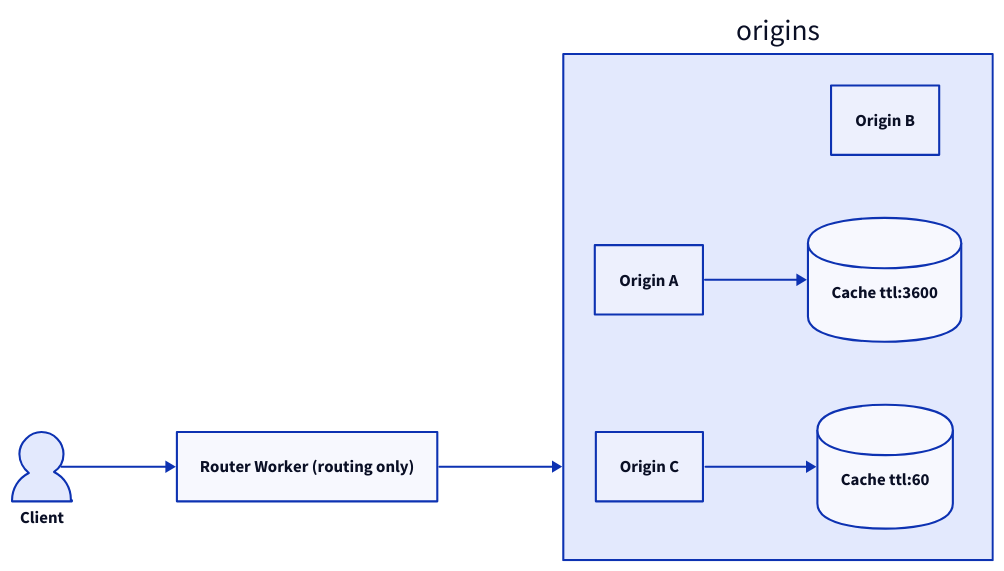
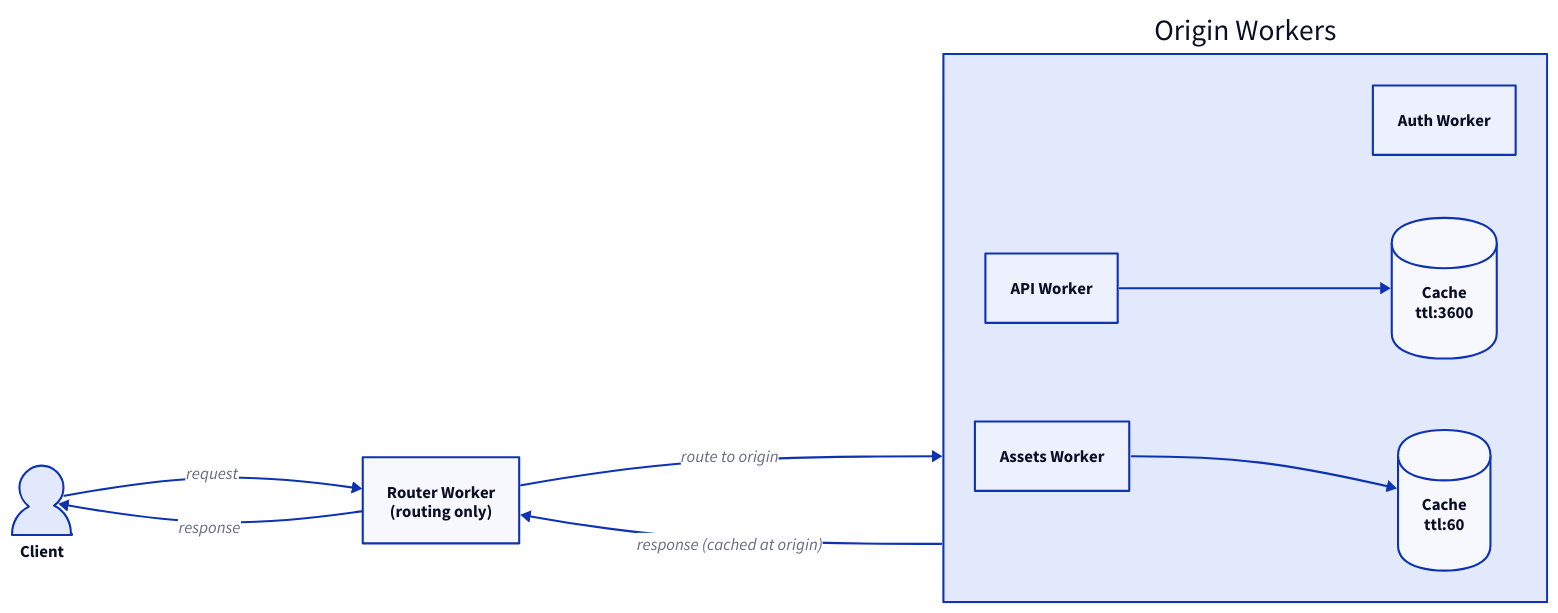
The sixth of 6 diagrams in src/content/docs/reference/caching.mdx (erfianugrah/lexicanum), drawn with D2 before and after one commit. The commit also changed other lines of this file, not shown here.

First line of the commit message:
docs: improve D2 diagrams with more detail and clarity

````diff
--- a/src/content/docs/reference/caching.mdx
+++ b/src/content/docs/reference/caching.mdx
@@ -848,19 +886,23 @@
 ```d2
 direction: right
 
 client: Client {shape: person}
-router: Router Worker (routing only)
+router: Router Worker\n(routing only)
 
-origins: {
-  origin-a: Origin A
-  origin-b: Origin B
-  origin-c: Origin C
-  cache-a: Cache ttl:3600 {shape: cylinder}
-  cache-c: Cache ttl:60 {shape: cylinder}
+origins: Origin Workers {
+  api: API Worker
+  assets: Assets Worker
+  auth: Auth Worker
   
-  origin-a -> cache-a
-  origin-c -> cache-c
+  api-cache: Cache\nttl:3600 {shape: cylinder}
+  assets-cache: Cache\nttl:60 {shape: cylinder}
+  
+  api -> api-cache
+  assets -> assets-cache
 }
 
-client -> router -> origins
+client -> router: request
+router -> origins: route to origin
+origins -> router: response (cached at origin)
+router -> client: response
 ```
````
